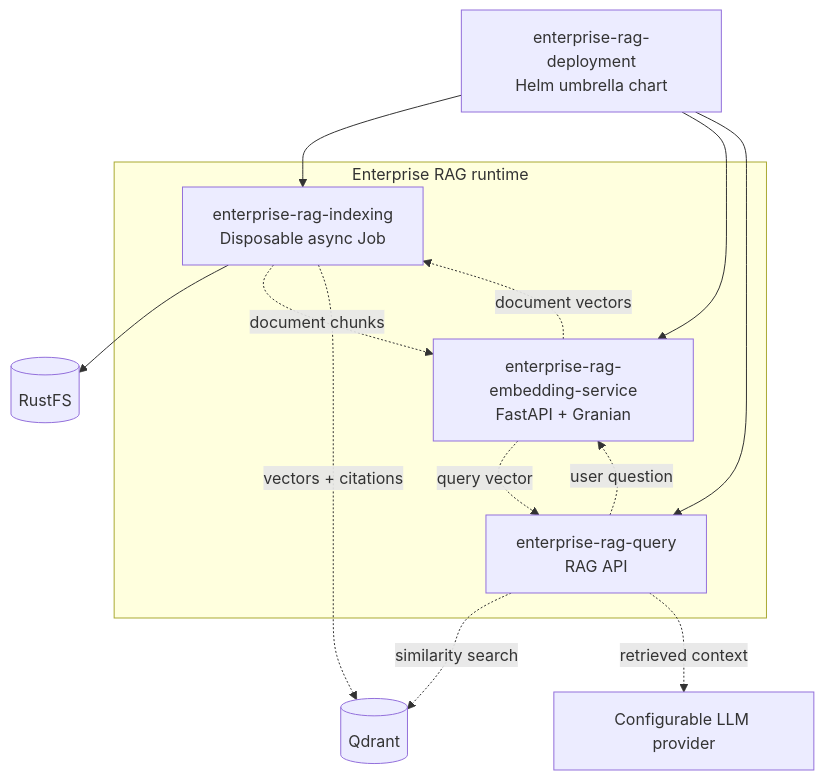
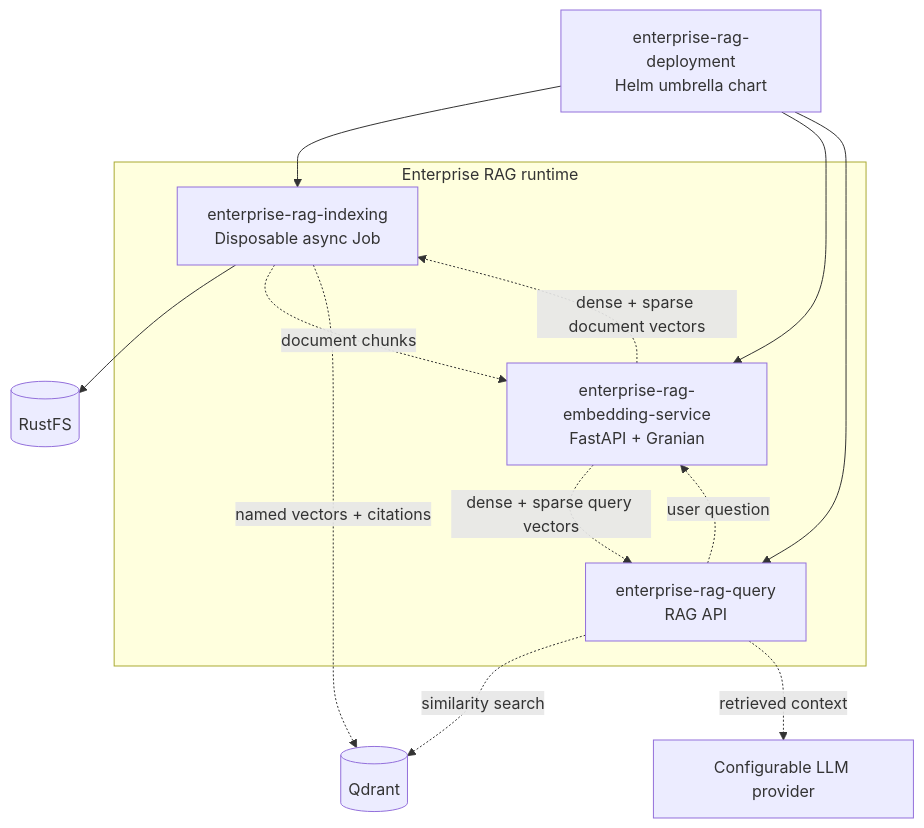
The first of 4 diagrams in README.md (tolga-kabadurmus/enterprise-rag-embedding-service), drawn with Mermaid before and after one commit. The commit also changed other lines of this file and 12 other files, not shown here.

````diff
--- a/README.md
+++ b/README.md
@@ -33,26 +33,26 @@
 ```mermaid
 flowchart TB
     Deployment[enterprise-rag-deployment<br/>Helm umbrella chart]
 
     subgraph Runtime[Enterprise RAG runtime]
         Indexing[enterprise-rag-indexing<br/>Disposable async Job]
         Embedding[enterprise-rag-embedding-service<br/>FastAPI + Granian]
         Query[enterprise-rag-query<br/>RAG API]
     end
 
     RustFS[(RustFS)]
     Qdrant[(Qdrant)]
     LLM[Configurable LLM provider]
 
     Deployment --> Indexing
     Deployment --> Embedding
     Deployment --> Query
     Indexing --> RustFS
     Indexing -. document chunks .-> Embedding
-    Embedding -. document vectors .-> Indexing
-    Indexing -. vectors + citations .-> Qdrant
+    Embedding -. dense + sparse document vectors .-> Indexing
+    Indexing -. named vectors + citations .-> Qdrant
     Query -. user question .-> Embedding
-    Embedding -. query vector .-> Query
+    Embedding -. dense + sparse query vectors .-> Query
     Query -. similarity search .-> Qdrant
     Query -. retrieved context .-> LLM
 ```
````
